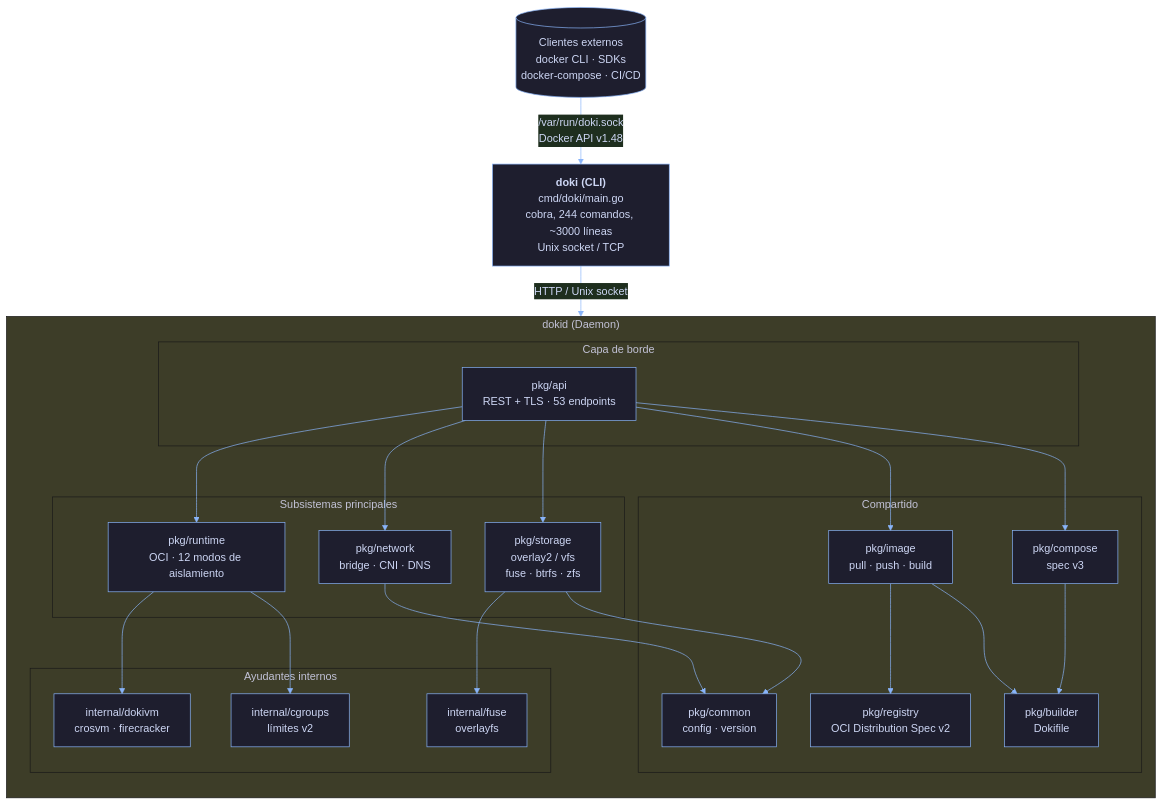
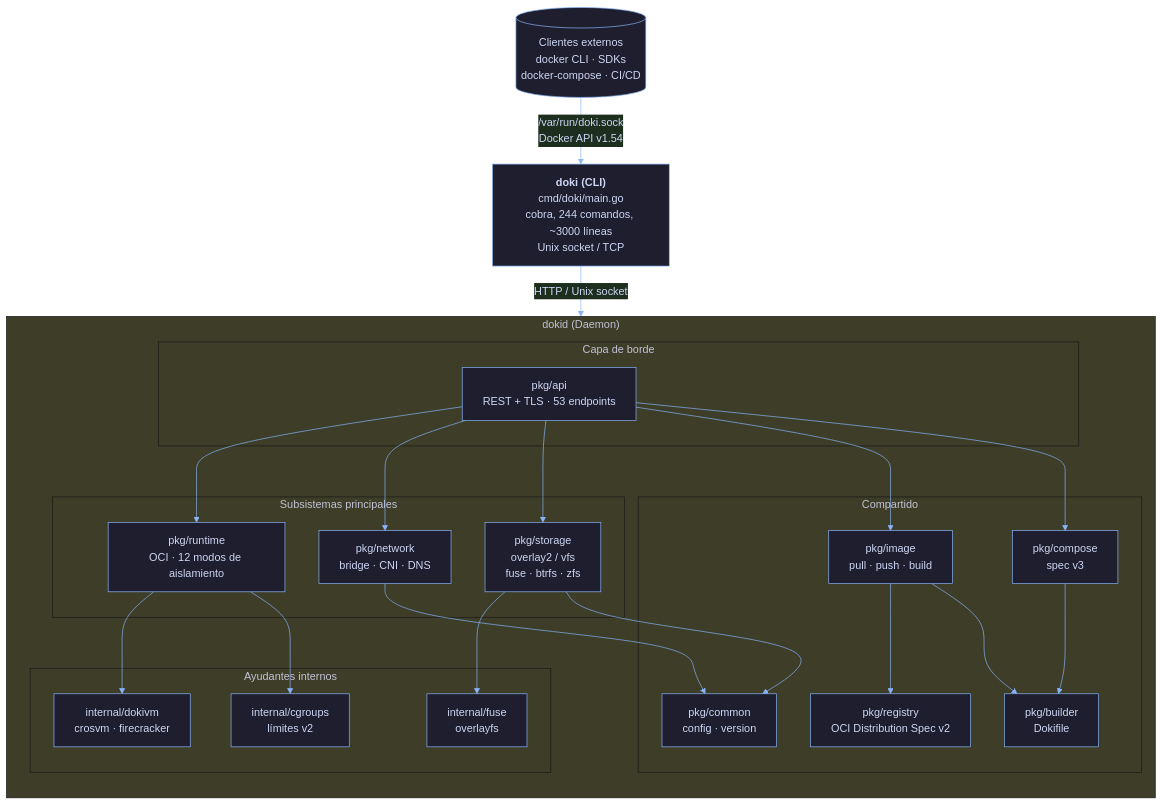
Before and after one commit to OpceanAI/Doki: the first of 2 diagrams in .wiki/Architecture.es.md, drawn with Mermaid. The commit also changed other lines of this file and 108 other files, not shown here.

````diff
--- a/.wiki/Architecture.es.md
+++ b/.wiki/Architecture.es.md
@@ -7,53 +7,53 @@
 ```mermaid
 %%{init: {'theme':'base', 'themeVariables':{'primaryColor':'#1e1e2e','primaryTextColor':'#cdd6f4','primaryBorderColor':'#89b4fa','lineColor':'#89b4fa','fontFamily':'ui-monospace,SFMono-Regular,Menlo,Monaco,monospace'}}}%%
 flowchart TB
     CLI["<b>doki (CLI)</b><br/>cmd/doki/main.go<br/>cobra, 244 comandos, ~3000 líneas<br/>Unix socket / TCP"]
     Client[("Clientes externos<br/>docker CLI · SDKs<br/>docker-compose · CI/CD")]
 
     subgraph Daemon ["dokid (Daemon)"]
         direction TB
 
         subgraph Edge ["Capa de borde"]
             API["pkg/api<br/>REST + TLS · 53 endpoints"]
         end
 
         subgraph Core ["Subsistemas principales"]
             Runtime["pkg/runtime<br/>OCI · 12 modos de aislamiento"]
             Network["pkg/network<br/>bridge · CNI · DNS"]
             Storage["pkg/storage<br/>overlay2 / vfs<br/>fuse · btrfs · zfs"]
         end
 
         subgraph Internal ["Ayudantes internos"]
             DokiVM["internal/dokivm<br/>crosvm · firecracker"]
             Fuse["internal/fuse<br/>overlayfs"]
             Cgroups["internal/cgroups<br/>límites v2"]
         end
 
         subgraph Shared ["Compartido"]
             Common["pkg/common<br/>config · version"]
             Image["pkg/image<br/>pull · push · build"]
             Registry["pkg/registry<br/>OCI Distribution Spec v2"]
             Compose["pkg/compose<br/>spec v3"]
             Builder["pkg/builder<br/>Dokifile"]
         end
     end
 
-    Client -->|"/var/run/doki.sock<br/>Docker API v1.48"| CLI
+    Client -->|"/var/run/doki.sock<br/>Docker API v1.54"| CLI
     CLI -->|HTTP / Unix socket| API
 
     API --> Runtime
     API --> Network
     API --> Storage
     API --> Image
     API --> Compose
 
     Runtime --> DokiVM
     Storage --> Fuse
     Runtime --> Cgroups
     Network --> Common
     Storage --> Common
 
     Image --> Registry
     Image --> Builder
     Compose --> Builder
 ```
````
